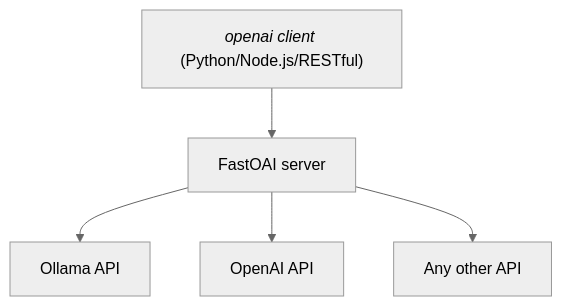
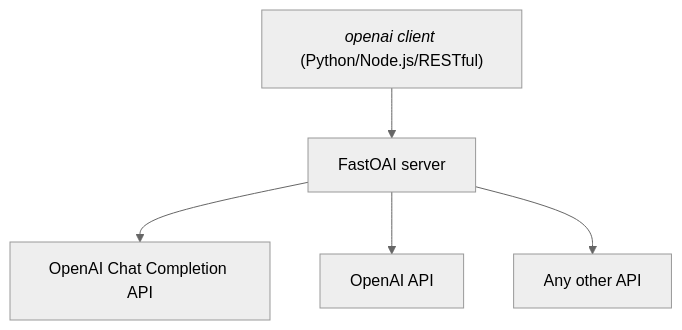
Before and after one commit to tcztzy/fastoai: the diagram in README.md, drawn with Mermaid (neutral theme). The commit also changed other lines of this file and 28 other files, not shown here.

````diff
--- a/README.md
+++ b/README.md
@@ -57,7 +57,7 @@
 ```mermaid
 graph TD
     client["`*openai client* (Python/Node.js/RESTful)`"]-->fastoai[FastOAI server]
-    fastoai-->ollama[Ollama API]
+    fastoai-->ChatCompletion[OpenAI Chat Completion API]
     fastoai-->openai[OpenAI API]
     fastoai-->others[Any other API]
 ```
````
